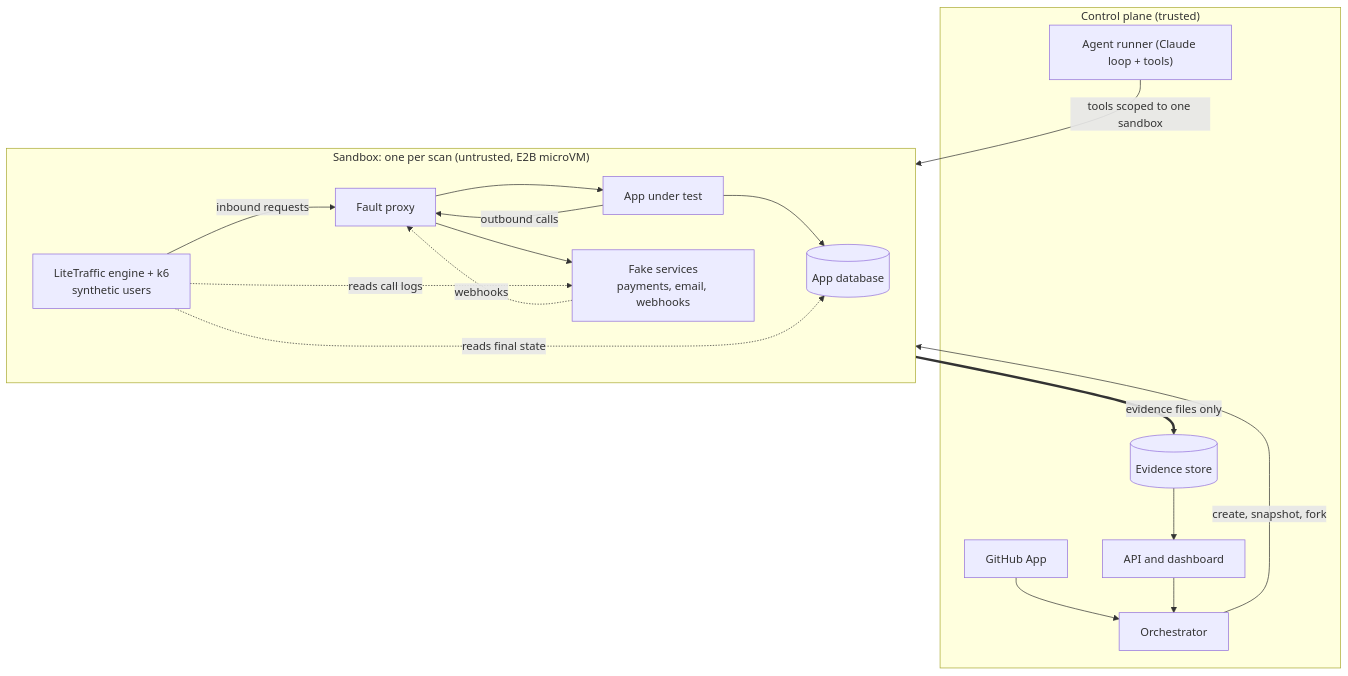
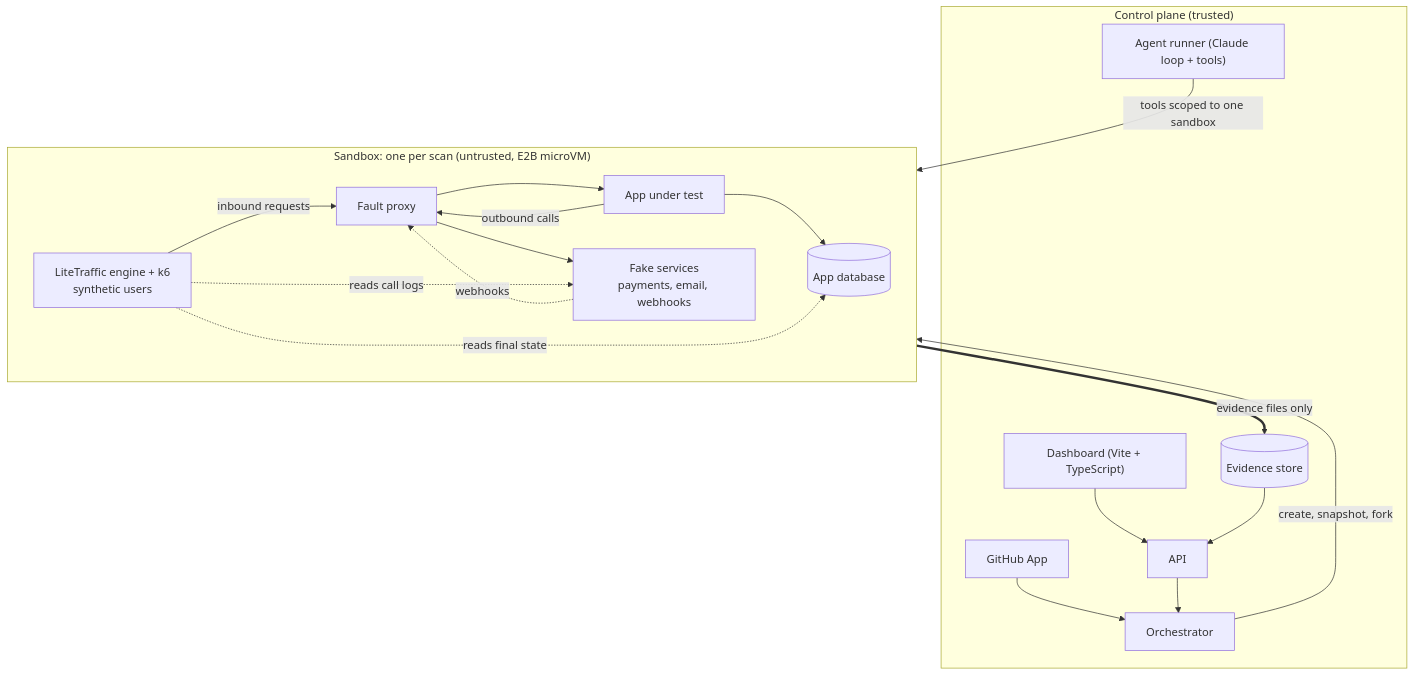
Before and after one commit to rohansx/pledge: the diagram in docs/architecture.md, drawn with Mermaid. The commit also changed other lines of this file and 3 other files, not shown here.

Commit message:
docs: dashboard is a Vite + TypeScript SPA; add the LiteTraffic engine boundary

````diff
--- a/docs/architecture.md
+++ b/docs/architecture.md
@@ -28,31 +28,33 @@
 ```mermaid
 flowchart TB
   subgraph CP["Control plane (trusted)"]
     GH["GitHub App"]
-    API["API and dashboard"]
+    DASH["Dashboard (Vite + TypeScript)"]
+    API["API"]
     ORCH["Orchestrator"]
     AGENT["Agent runner (Claude loop + tools)"]
     EVID[("Evidence store")]
   end
 
   subgraph SB["Sandbox: one per scan (untrusted, E2B microVM)"]
     ENGINE["LiteTraffic engine + k6<br/>synthetic users"]
     PROXY["Fault proxy"]
     APP["App under test"]
     DB[("App database")]
     FAKES["Fake services<br/>payments, email, webhooks"]
   end
 
   GH --> ORCH
+  DASH --> API
   API --> ORCH
   ORCH -->|create, snapshot, fork| SB
   AGENT -->|tools scoped to one sandbox| SB
   ENGINE -->|inbound requests| PROXY --> APP
   APP --> DB
   APP -->|outbound calls| PROXY --> FAKES
   FAKES -.->|webhooks| PROXY
   ENGINE -.->|reads final state| DB
   ENGINE -.->|reads call logs| FAKES
   SB ==>|evidence files only| EVID
   EVID --> API
 ```
````
